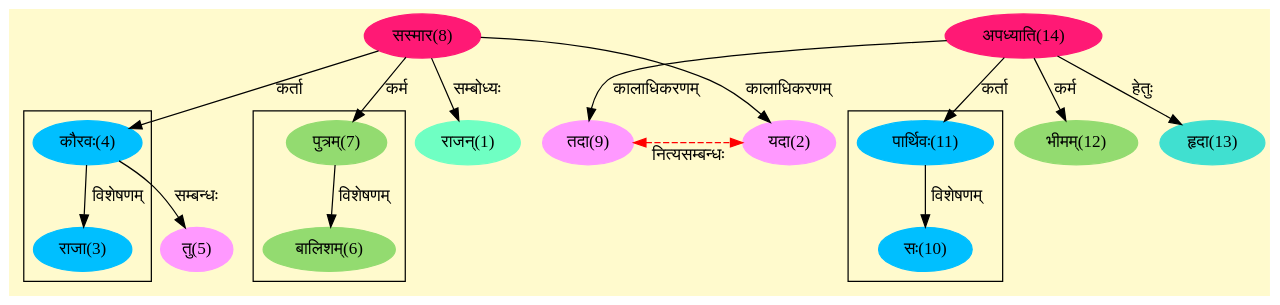
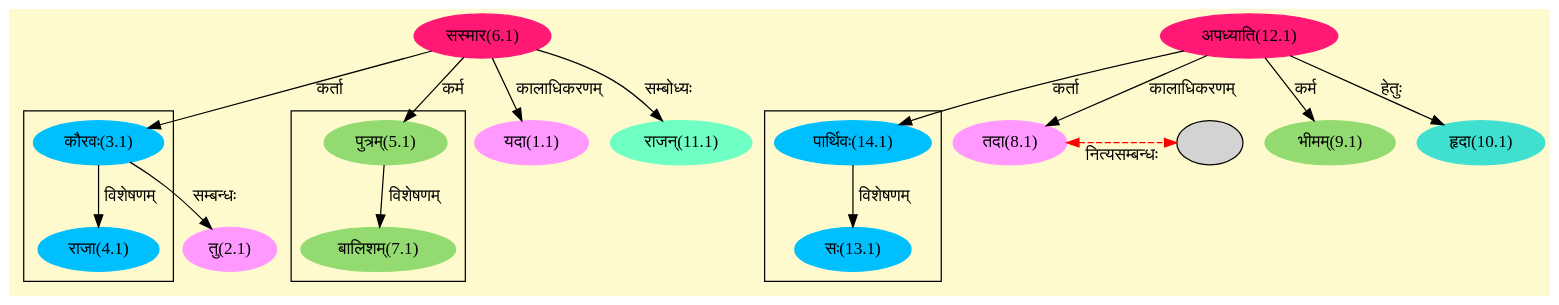
One commit to ska-mahe-blr/ska-ereader.github.io changed the diagram in assets/graphs/04_002_1.dot. Above: the diagram before and after it, drawn with Graphviz. The commit also changed 1152 other files, not shown here.

```diff
--- a/assets/graphs/04_002_1.dot
+++ b/assets/graphs/04_002_1.dot
@@ -1,51 +1,52 @@
 digraph G{
 rankdir=BT;
  compound=true;
  bgcolor="lemonchiffon1";
 
 subgraph cluster_1{
-Node3 [style=filled, color="#00BFFF" label = "राजा(3)"]
-Node4 [style=filled, color="#00BFFF" label = "कौरवः(4)"]
+Node4_1 [style=filled, color="#00BFFF" label = "राजा(4.1)"]
+Node3_1 [style=filled, color="#00BFFF" label = "कौरवः(3.1)"]
 
 }
 
 subgraph cluster_2{
-Node6 [style=filled, color="#93DB70" label = "बालिशम्(6)"]
-Node7 [style=filled, color="#93DB70" label = "पुत्रम्(7)"]
+Node7_1 [style=filled, color="#93DB70" label = "बालिशम्(7.1)"]
+Node5_1 [style=filled, color="#93DB70" label = "पुत्रम्(5.1)"]
 
 }
 
 subgraph cluster_3{
-Node10 [style=filled, color="#00BFFF" label = "सः(10)"]
-Node11 [style=filled, color="#00BFFF" label = "पार्थिवः(11)"]
+Node13_1 [style=filled, color="#00BFFF" label = "सः(13.1)"]
+Node14_1 [style=filled, color="#00BFFF" label = "पार्थिवः(14.1)"]
 
 }
-Node1 [style=filled, color="#6FFFC3" label = "राजन्(1)"]
-Node8 [style=filled, color="#FF1975" label = "सस्मार(8)"]
-Node2 [style=filled, color="#FF99FF" label = "यदा(2)"]
-Node4 [style=filled, color="#00BFFF" label = "कौरवः(4)"]
-Node5 [style=filled, color="#FF99FF" label = "तु(5)"]
-Node7 [style=filled, color="#93DB70" label = "पुत्रम्(7)"]
-Node [style=filled, color="" label = ""]
-Node9 [style=filled, color="#FF99FF" label = "तदा(9)"]
-Node14 [style=filled, color="#FF1975" label = "अपध्याति(14)"]
-Node11 [style=filled, color="#00BFFF" label = "पार्थिवः(11)"]
-Node12 [style=filled, color="#93DB70" label = "भीमम्(12)"]
-Node13 [style=filled, color="#40E0D0" label = "हृदा(13)"]
-{rank = same; Node9; Node2;}
+Node1_1 [style=filled, color="#FF99FF" label = "यदा(1.1)"]
+Node6_1 [style=filled, color="#FF1975" label = "सस्मार(6.1)"]
+Node2_1 [style=filled, color="#FF99FF" label = "तु(2.1)"]
+Node3_1 [style=filled, color="#00BFFF" label = "कौरवः(3.1)"]
+Node5_1 [style=filled, color="#93DB70" label = "पुत्रम्(5.1)"]
+Node [style=filled, color="" label = "()"]
+Node8_1 [style=filled, color="#FF99FF" label = "तदा(8.1)"]
+Node12_1 [style=filled, color="#FF1975" label = "अपध्याति(12.1)"]
+Node2 [style=filled, color="" label = ""]
+Node9_1 [style=filled, color="#93DB70" label = "भीमम्(9.1)"]
+Node10_1 [style=filled, color="#40E0D0" label = "हृदा(10.1)"]
+Node11_1 [style=filled, color="#6FFFC3" label = "राजन्(11.1)"]
+Node14_1 [style=filled, color="#00BFFF" label = "पार्थिवः(14.1)"]
+{rank = same; Node8_1; Node2;}
 /* Start of Relations section */
 
-Node1 -> Node8 [  label="सम्बोध्यः"  dir="back" ]
-Node2 -> Node8 [  label="कालाधिकरणम्"  dir="back" ]
-Node3 -> Node4 [  label="विशेषणम्"  dir="back" ]
-Node4 -> Node8 [  label="कर्ता"  dir="back" ]
-Node5 -> Node4 [  label="सम्बन्धः"  dir="back" ]
-Node6 -> Node7 [  label="विशेषणम्"  dir="back" ]
-Node7 -> Node8 [  label="कर्म"  dir="back" ]
-Node9 -> Node14 [  label="कालाधिकरणम्"  dir="back" ]
-Node9 -> Node2 [ style=dashed color="red" label="नित्यसम्बन्धः"  dir="both" ]
-Node10 -> Node11 [  label="विशेषणम्"  dir="back" ]
-Node11 -> Node14 [  label="कर्ता"  dir="back" ]
-Node12 -> Node14 [  label="कर्म"  dir="back" ]
-Node13 -> Node14 [  label="हेतुः"  dir="back" ]
+Node1_1 -> Node6_1 [  label="कालाधिकरणम्"  dir="back" ]
+Node2_1 -> Node3_1 [  label="सम्बन्धः"  dir="back" ]
+Node3_1 -> Node6_1 [  label="कर्ता"  dir="back" ]
+Node4_1 -> Node3_1 [  label="विशेषणम्"  dir="back" ]
+Node5_1 -> Node6_1 [  label="कर्म"  dir="back" ]
+Node7_1 -> Node5_1 [  label="विशेषणम्"  dir="back" ]
+Node8_1 -> Node12_1 [  label="कालाधिकरणम्"  dir="back" ]
+Node8_1 -> Node2 [ style=dashed color="red" label="नित्यसम्बन्धः"  dir="both" ]
+Node9_1 -> Node12_1 [  label="कर्म"  dir="back" ]
+Node10_1 -> Node12_1 [  label="हेतुः"  dir="back" ]
+Node11_1 -> Node6_1 [  label="सम्बोध्यः"  dir="back" ]
+Node13_1 -> Node14_1 [  label="विशेषणम्"  dir="back" ]
+Node14_1 -> Node12_1 [  label="कर्ता"  dir="back" ]
 }
```
